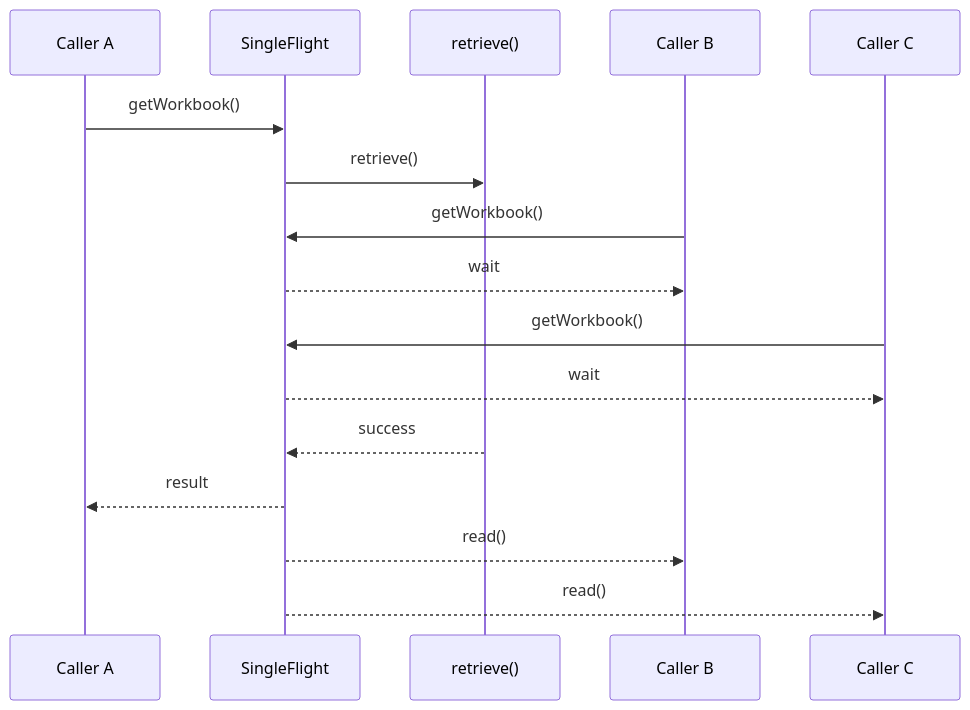
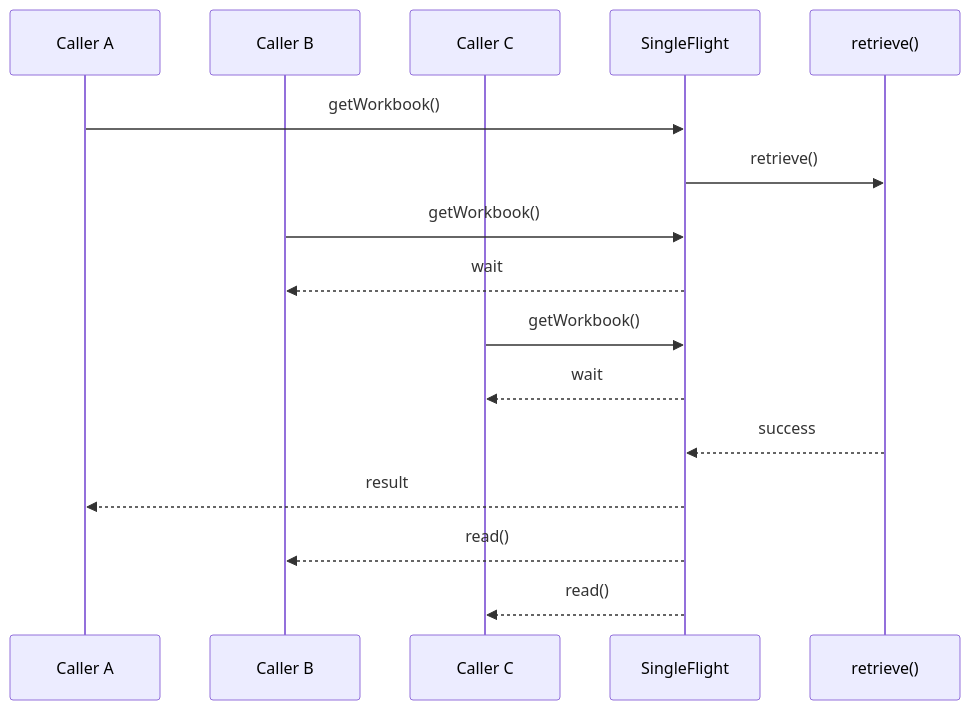
One commit to shinka-rpc/shinka-js changed the first of 8 diagrams in docs/scenarios/single-flight.md. Above: the diagram before and after it, drawn with Mermaid. The commit also changed other lines of this file and 2 other files, not shown here.

Commit message:
Fix mermaid diagrams

````diff
--- a/docs/scenarios/single-flight.md
+++ b/docs/scenarios/single-flight.md
@@ -44,22 +44,22 @@
 ```mermaid
 sequenceDiagram
     participant A as Caller A
+    participant B as Caller B
+    participant C as Caller C
     participant F as SingleFlight
     participant R as retrieve()
-    participant B as Caller B
-    participant C as Caller C
 
     A->>F: getWorkbook()
     F->>R: retrieve()
 
     B->>F: getWorkbook()
     F-->>B: wait
 
     C->>F: getWorkbook()
     F-->>C: wait
 
     R-->>F: success
     F-->>A: result
     F-->>B: read()
     F-->>C: read()
 ```
````
